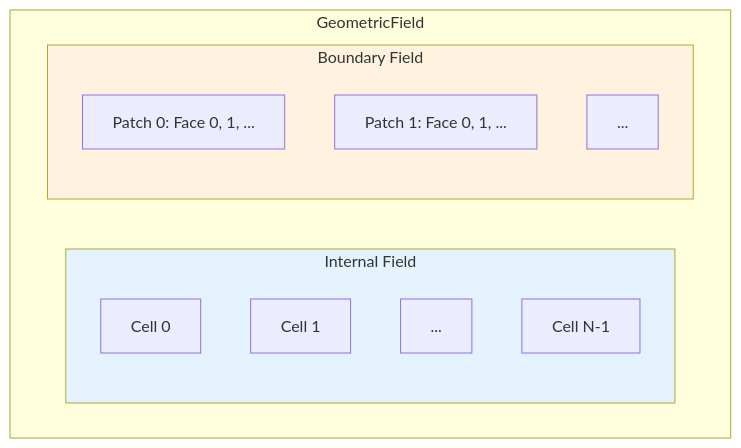
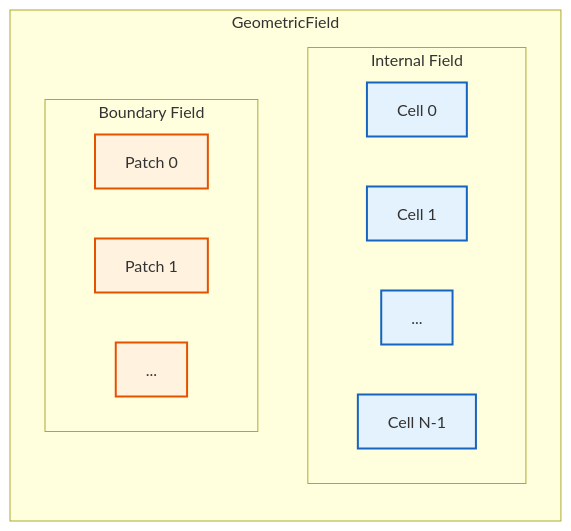
The second of 2 diagrams in MODULE_05_OPENFOAM_PROGRAMMING/CONTENT/08_FIELD_TYPES/02_Volume_Fields.md (wramet/build-my-cfd), drawn with Mermaid before and after one commit. The commit also changed other lines of this file and 313 other files, not shown here.

Commit message:
Revise all diagram

````diff
--- a/MODULE_05_OPENFOAM_PROGRAMMING/CONTENT/08_FIELD_TYPES/02_Volume_Fields.md
+++ b/MODULE_05_OPENFOAM_PROGRAMMING/CONTENT/08_FIELD_TYPES/02_Volume_Fields.md
@@ -138,23 +134,24 @@
 ```mermaid
-flowchart TD
-    subgraph GF["GeometricField"]
+flowchart LR
+%% Classes
+classDef explicit fill:#fff3e0,stroke:#e65100,stroke-width:2px;
+classDef implicit fill:#e3f2fd,stroke:#1565c0,stroke-width:2px;
+%% Subgraphs
+subgraph GF [GeometricField]
+    direction TB
+    subgraph IF [Internal Field]
         direction LR
-        subgraph IF["Internal Field"]
-            direction TB
-            IF1["Cell 0"]
-            IF2["Cell 1"]
-            IF3["..."]
-            IF4["Cell N-1"]
-        end
-
-        subgraph BF["Boundary Field"]
-            direction TB
-            BF1["Patch 0: Face 0, 1, ..."]
-            BF2["Patch 1: Face 0, 1, ..."]
-            BF3["..."]
-        end
+        IF1[Cell 0]:::implicit
+        IF2[Cell 1]:::implicit
+        IF3[...]:::implicit
+        IF4[Cell N-1]:::implicit
     end
 
-    style IF fill:#e3f2fd
-    style BF fill:#fff3e0
+    subgraph BF [Boundary Field]
+        direction LR
+        BF1[Patch 0]:::explicit
+        BF2[Patch 1]:::explicit
+        BF3[...]:::explicit
+    end
+end
 ```
````
